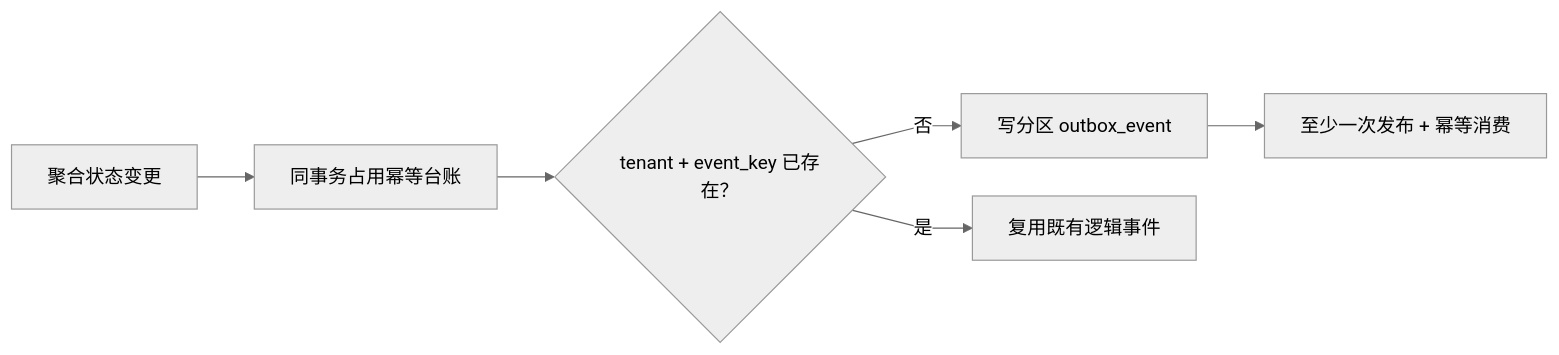
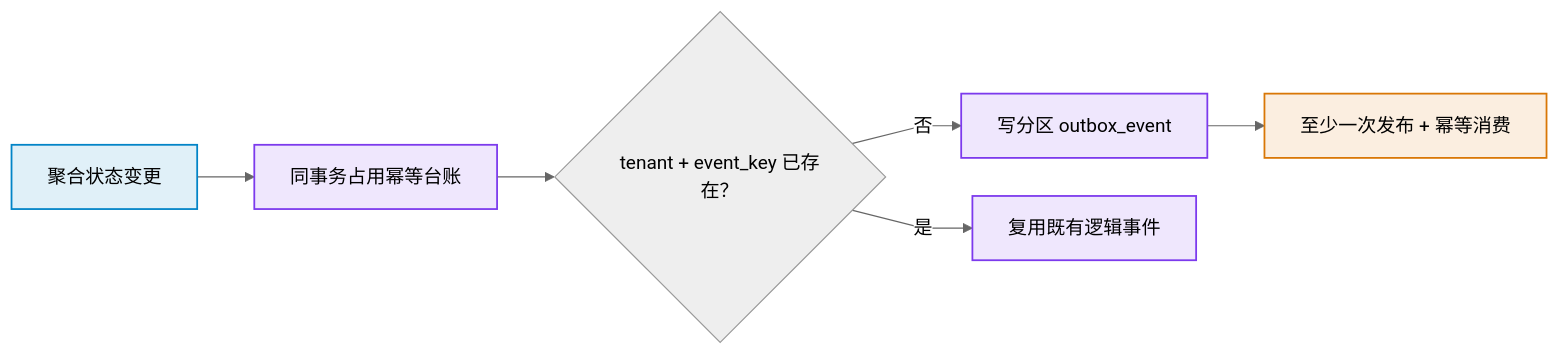
Before and after one commit to pinpols/file-batch-system: the diagram in docs/design/partition-idempotency-decision.md, drawn with Mermaid (neutral theme). The commit also changed 34 other files, not shown here.

First line of the commit message:
docs(diagram): 完成 P3 Mermaid 图样式收口并补充制图规范 (#1390)

````diff
--- a/docs/design/partition-idempotency-decision.md
+++ b/docs/design/partition-idempotency-decision.md
@@ -5,9 +5,13 @@
 ```mermaid
 %%{init: {"flowchart":{"curve":"linear","nodeSpacing":32,"rankSpacing":48},"sequence":{"mirrorActors":false}}}%%
 flowchart LR
-  S[聚合状态变更] --> L[同事务占用幂等台账]
+  S[聚合状态变更]:::control --> L[同事务占用幂等台账]:::store
   L --> C{tenant + event_key 已存在？}
-  C -->|否| E[写分区 outbox_event]
-  C -->|是| D[复用既有逻辑事件]
-  E --> K[至少一次发布 + 幂等消费]
+  C -->|否| E[写分区 outbox_event]:::store
+  C -->|是| D[复用既有逻辑事件]:::store
+  E --> K[至少一次发布 + 幂等消费]:::mq
+
+  classDef control fill:#0284c71f,stroke:#0284c7,stroke-width:1.5px
+  classDef mq fill:#d977061f,stroke:#d97706,stroke-width:1.5px
+  classDef store fill:#7c3aed1f,stroke:#7c3aed,stroke-width:1.5px
 ```
````
